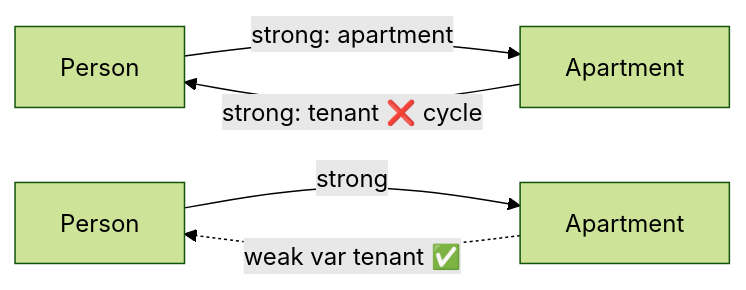
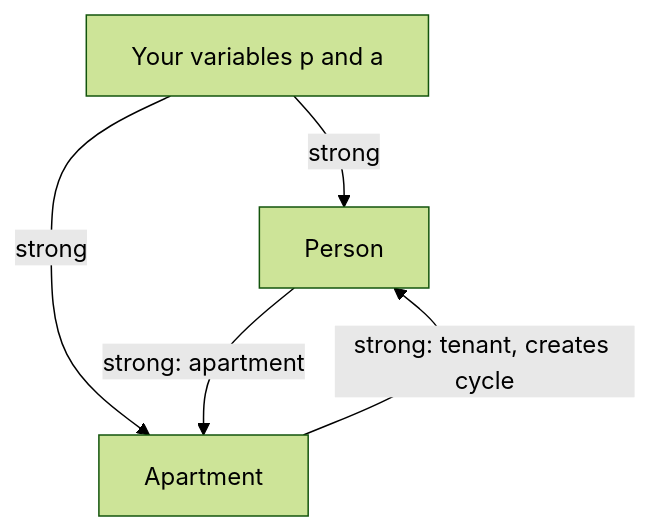
One commit to AkshayAshokCode/iOS-Interview-Questions-and-Answers changed the first of 6 diagrams in topics/03-memory-management.md. Above: the diagram before and after it, drawn with Mermaid (forest theme). The commit also changed other lines of this file and 2 other files, not shown here.

````diff
--- a/topics/03-memory-management.md
+++ b/topics/03-memory-management.md
@@ -56,7 +163,7 @@
 ```mermaid
-flowchart LR
-    P["Person"] -->|"strong: apartment"| A["Apartment"]
-    A -->|"strong: tenant ❌ cycle"| P
-    P2["Person"] -->|"strong"| A2["Apartment"]
-    A2 -.->|"weak var tenant ✅"| P2
+flowchart TD
+    V["Your variables p and a"] -->|"strong"| P["Person"]
+    V -->|"strong"| A["Apartment"]
+    P -->|"strong: apartment"| A
+    A -->|"strong: tenant, creates cycle"| P
 ```
````
